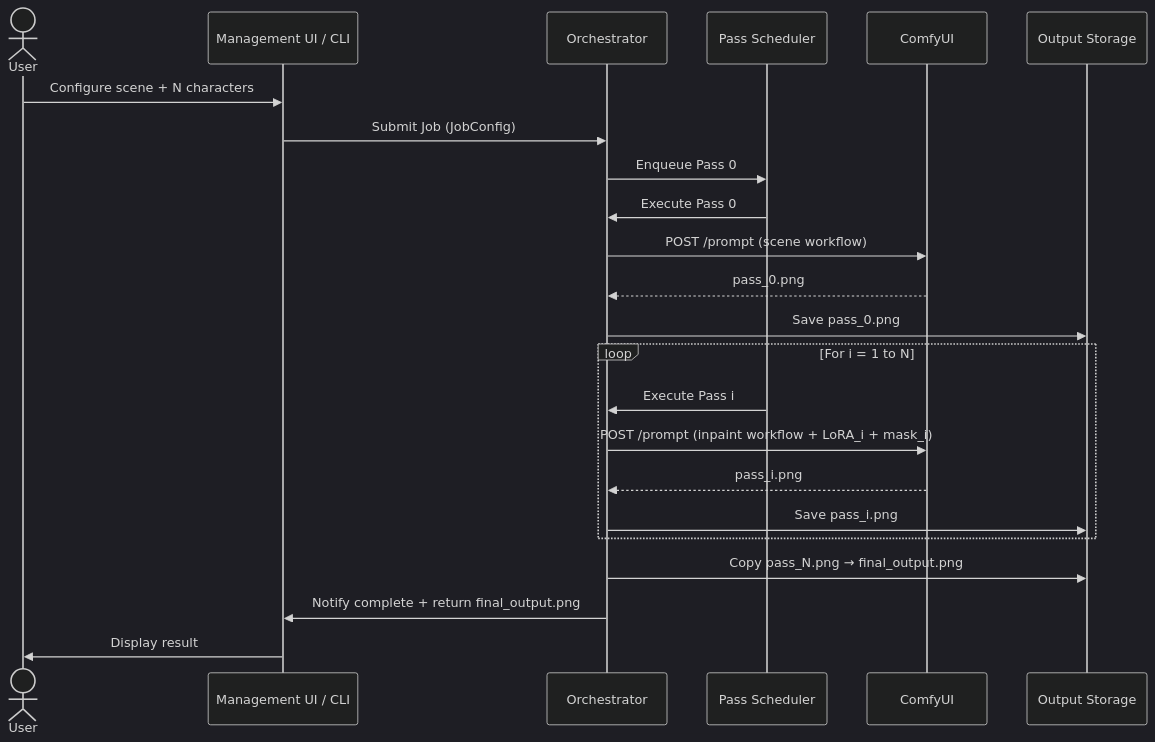
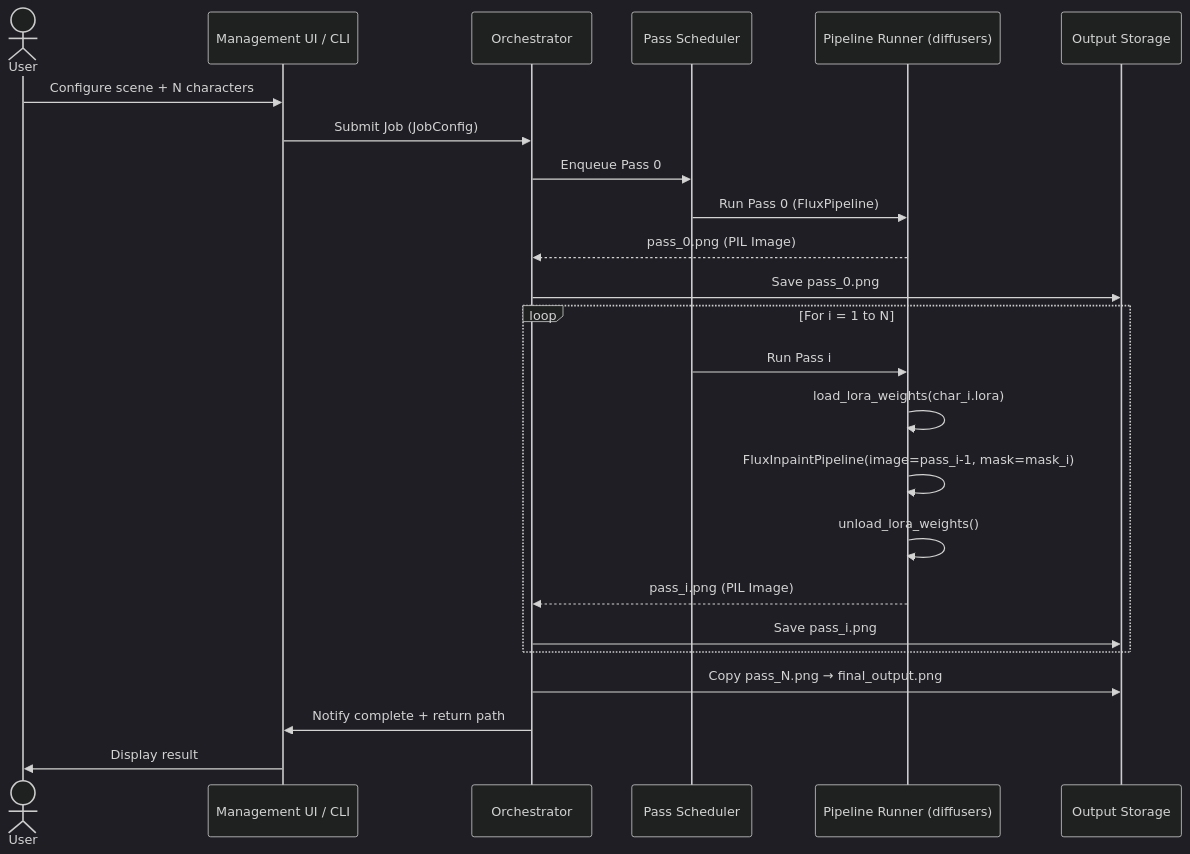
One commit to arupKumarGupta/inpainter changed the third of 3 diagrams in ARCHITECTURE.md. Above: the diagram before and after it, drawn with Mermaid (dark theme). The commit also changed other lines of this file, not shown here.

First line of the commit message:
docs: add README and detailed architecture for N-pass multi-character inpainting pipeline

````diff
--- a/ARCHITECTURE.md
+++ b/ARCHITECTURE.md
@@ -239,28 +321,29 @@
 ```mermaid
 sequenceDiagram
     actor User
     participant UI as Management UI / CLI
     participant Orch as Orchestrator
-    participant Queue as Pass Scheduler
-    participant ComfyUI
+    participant Sched as Pass Scheduler
+    participant Runner as Pipeline Runner (diffusers)
     participant Store as Output Storage
 
     User->>UI: Configure scene + N characters
     UI->>Orch: Submit Job (JobConfig)
-    Orch->>Queue: Enqueue Pass 0
-    Queue->>Orch: Execute Pass 0
-    Orch->>ComfyUI: POST /prompt (scene workflow)
-    ComfyUI-->>Orch: pass_0.png
+    Orch->>Sched: Enqueue Pass 0
+    Sched->>Runner: Run Pass 0 (FluxPipeline)
+    Runner-->>Orch: pass_0.png (PIL Image)
     Orch->>Store: Save pass_0.png
 
     loop For i = 1 to N
-        Queue->>Orch: Execute Pass i
-        Orch->>ComfyUI: POST /prompt (inpaint workflow + LoRA_i + mask_i)
-        ComfyUI-->>Orch: pass_i.png
+        Sched->>Runner: Run Pass i
+        Runner->>Runner: load_lora_weights(char_i.lora)
+        Runner->>Runner: FluxInpaintPipeline(image=pass_i-1, mask=mask_i)
+        Runner->>Runner: unload_lora_weights()
+        Runner-->>Orch: pass_i.png (PIL Image)
         Orch->>Store: Save pass_i.png
     end
 
     Orch->>Store: Copy pass_N.png → final_output.png
-    Orch->>UI: Notify complete + return final_output.png
+    Orch->>UI: Notify complete + return path
     UI->>User: Display result
 ```
````
